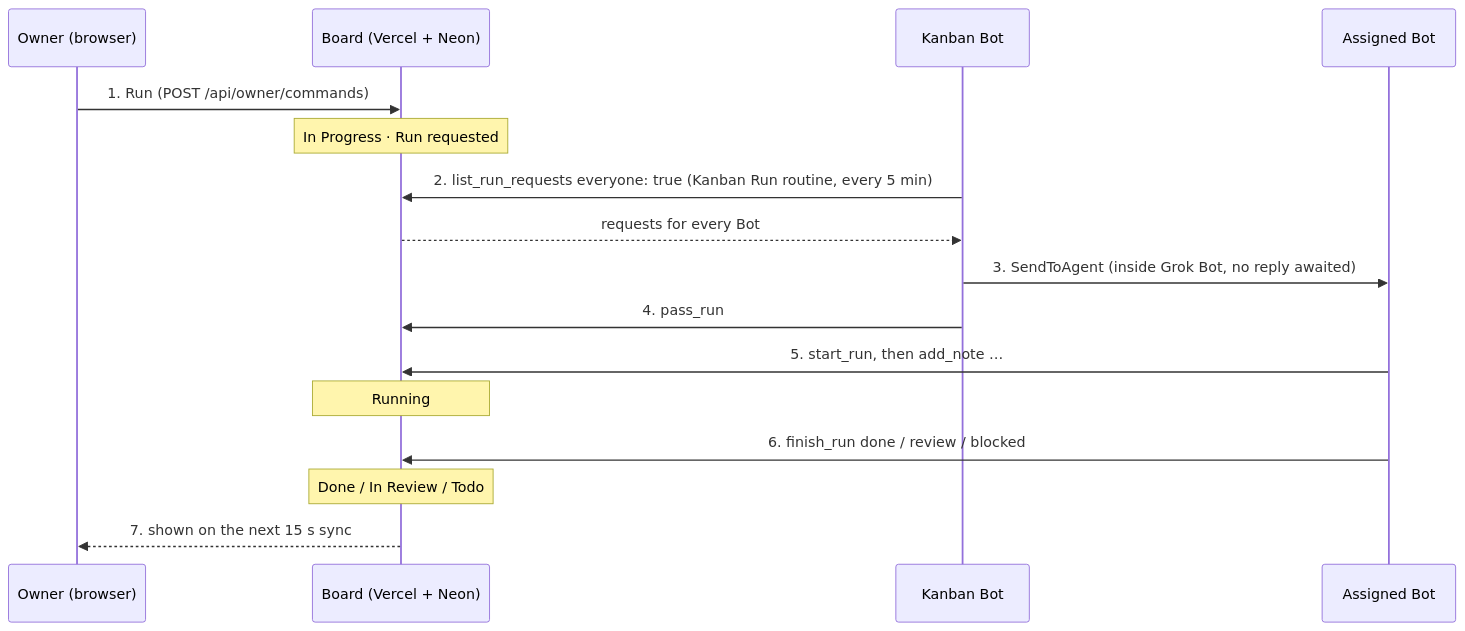
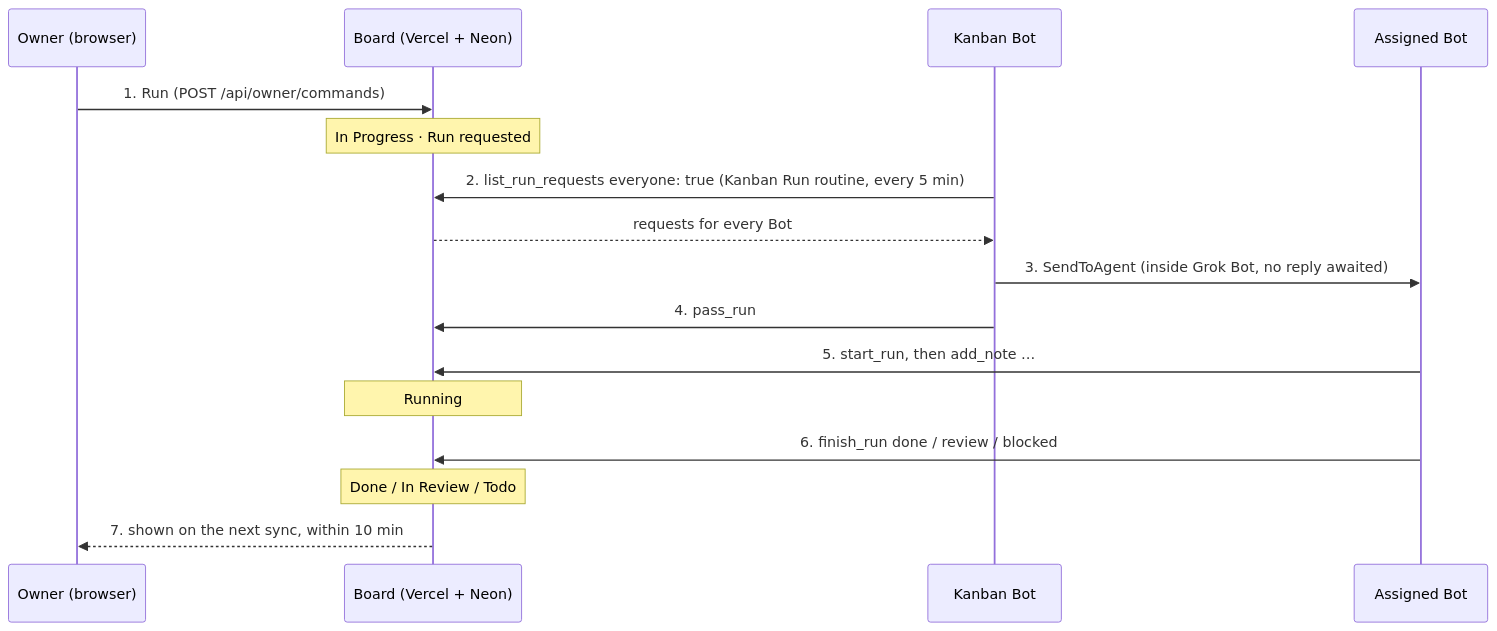
Before and after one commit to s-hiraoku/grokbot-kanban: the second of 2 diagrams in docs/architecture.md, drawn with Mermaid. The commit also changed other lines of this file and 17 other files, not shown here.

````diff
--- a/docs/architecture.md
+++ b/docs/architecture.md
@@ -52,18 +52,18 @@
 ```mermaid
 sequenceDiagram
     participant O as Owner (browser)
     participant B as Board (Vercel + Neon)
     participant K as Kanban Bot
     participant T as Assigned Bot
     O->>B: 1. Run (POST /api/owner/commands)
     Note over B: In Progress · Run requested
     K->>B: 2. list_run_requests everyone: true (Kanban Run routine, every 5 min)
     B-->>K: requests for every Bot
     K->>T: 3. SendToAgent (inside Grok Bot, no reply awaited)
     K->>B: 4. pass_run
     T->>B: 5. start_run, then add_note …
     Note over B: Running
     T->>B: 6. finish_run done / review / blocked
     Note over B: Done / In Review / Todo
-    B-->>O: 7. shown on the next 15 s sync
+    B-->>O: 7. shown on the next sync, within 10 min
 ```
````
